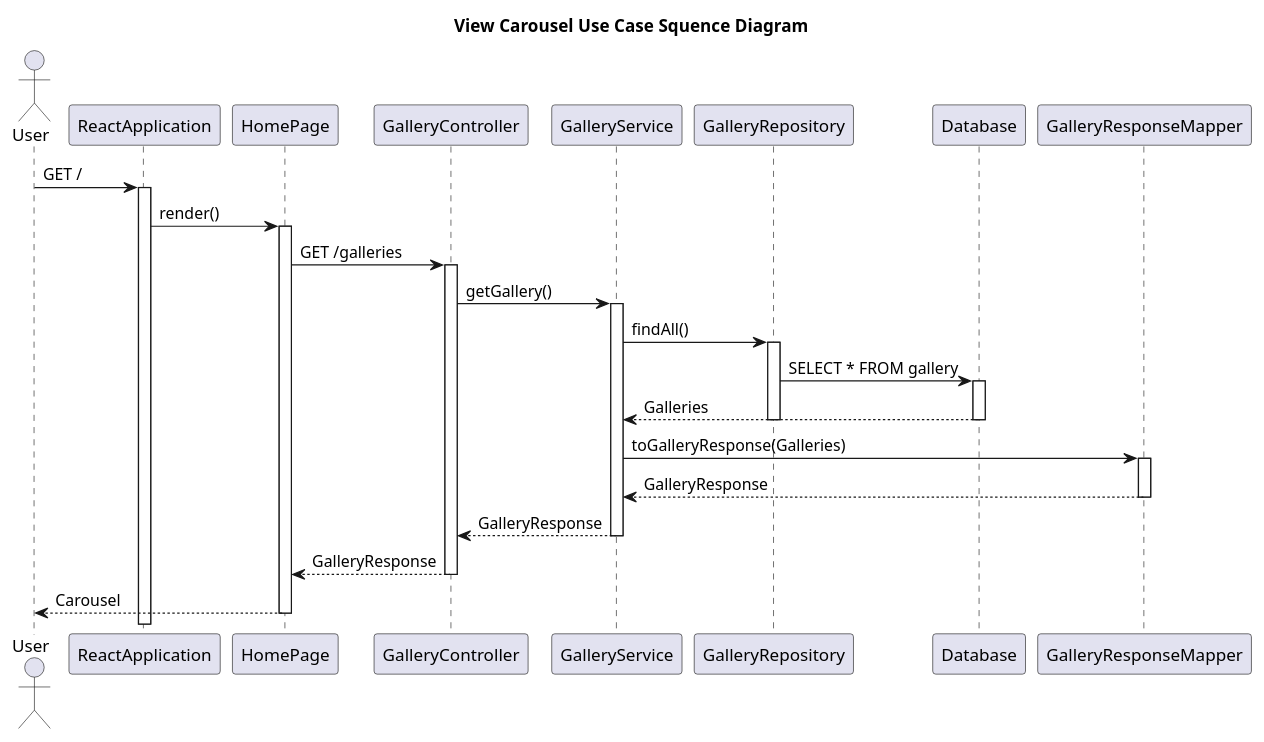
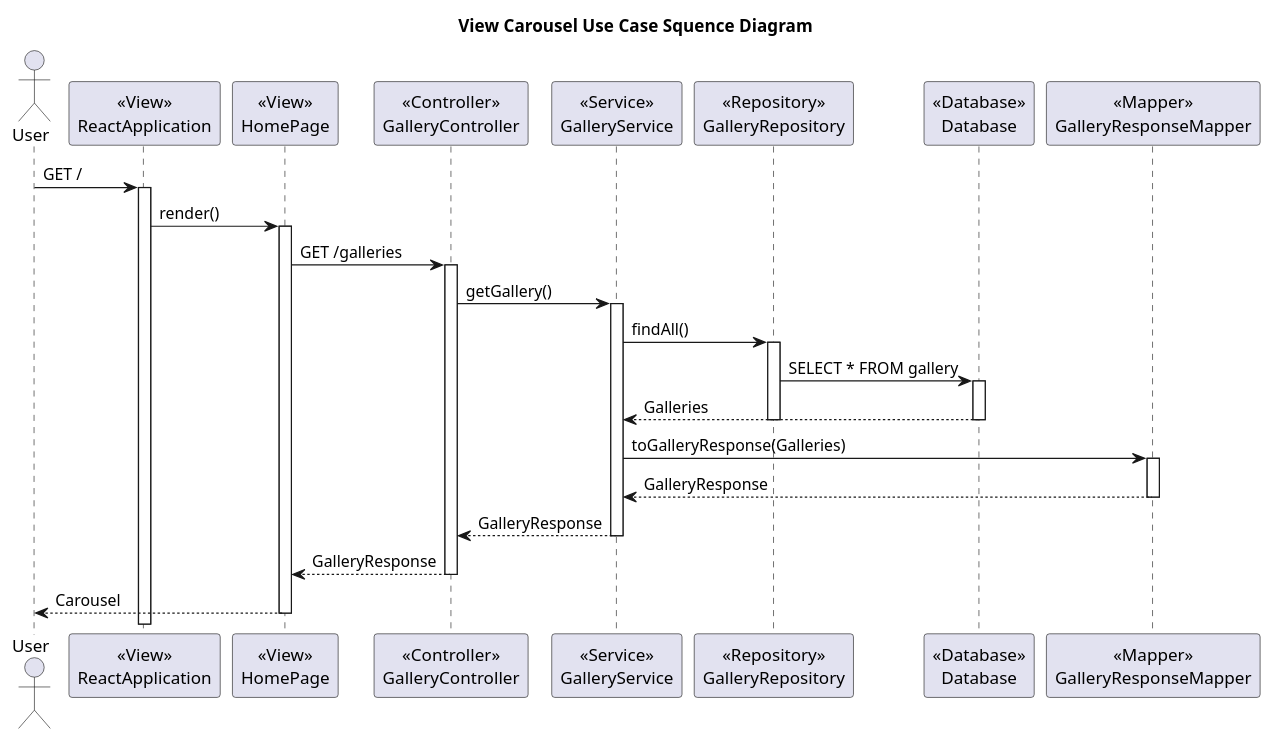
The diagram in Sprint_1/View_Carousel/Design-lvl-SSD.puml (DylanBrass/Corso-Website), drawn with PlantUML before and after one commit. The commit also changed 2 other files, not shown here.

Commit message:
Update the use case diagrams

```diff
--- a/Sprint_1/View_Carousel/Design-lvl-SSD.puml
+++ b/Sprint_1/View_Carousel/Design-lvl-SSD.puml
@@ -1,63 +1,74 @@
 @startuml
 
 title View Carousel Use Case Squence Diagram
 
 actor User 
 
+participant ReactApplication as "<<View>>\nReactApplication"
+participant HomePage as "<<View>>\nHomePage"
+
+participant GalleryController as "<<Controller>>\nGalleryController"
+
+participant GalleryService as "<<Service>>\nGalleryService"
+
+participant GalleryRepository as "<<Repository>>\nGalleryRepository"
+
+participant Database as "<<Database>>\nDatabase"
+
+participant GalleryResponseMapper as "<<Mapper>>\nGalleryResponseMapper"
 
 User -> ReactApplication : GET /
 activate ReactApplication
-
 
 ReactApplication -> HomePage : render()
 activate HomePage
 
 
 
 HomePage -> GalleryController : GET /galleries
 activate GalleryController 
 
 
 
 
 
 GalleryController -> GalleryService : getGallery()
 activate GalleryService 
 
 
 GalleryService -> GalleryRepository : findAll()
 activate GalleryRepository
 
 
 GalleryRepository -> Database : SELECT * FROM gallery
 activate Database
 
 Database --> GalleryService : Galleries
 
 deactivate GalleryRepository
 
 deactivate Database
 
 
 
 GalleryService -> GalleryResponseMapper : toGalleryResponse(Galleries)
 activate GalleryResponseMapper
 
 GalleryResponseMapper --> GalleryService : GalleryResponse
 
 deactivate GalleryResponseMapper
 
 GalleryService --> GalleryController : GalleryResponse
 
 deactivate GalleryService
 
 GalleryController --> HomePage : GalleryResponse
 
 deactivate GalleryController
 
 HomePage --> User : Carousel
 
 deactivate HomePage
 
 
 @endpuml
```
